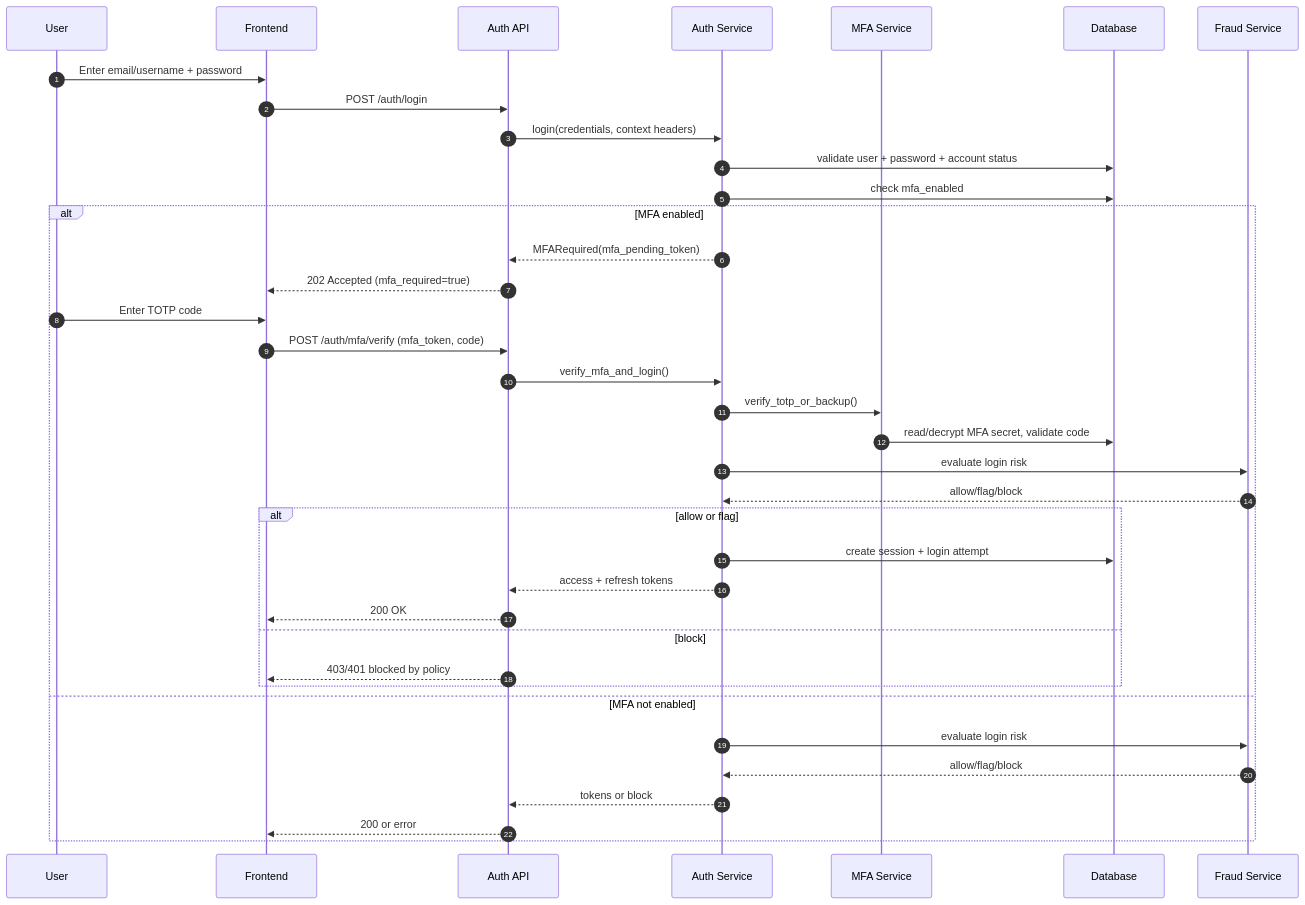
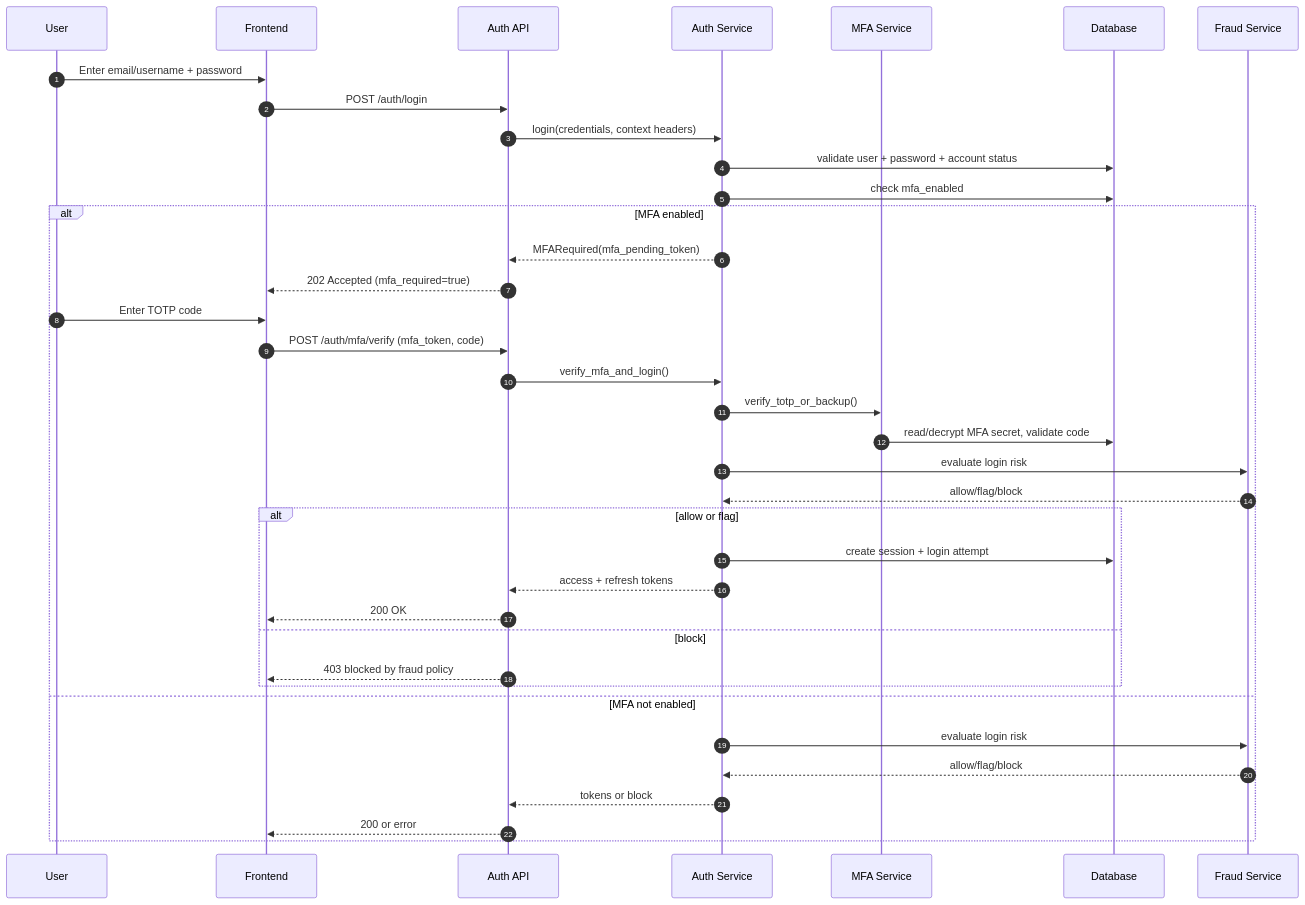
One commit to Gabbydunkk/secure-bank-app changed the second of 4 diagrams in presentation_diagram_pack.md. Above: the diagram before and after it, drawn with Mermaid. The commit also changed other lines of this file and 24 other files, not shown here.

````diff
--- a/presentation_diagram_pack.md
+++ b/presentation_diagram_pack.md
@@ -66,40 +66,40 @@
 ```mermaid
 sequenceDiagram
 autonumber
 participant U as User
 participant FE as Frontend
 participant API as Auth API
 participant AS as Auth Service
 participant MFA as MFA Service
 participant DB as Database
 participant FR as Fraud Service
 
 U->>FE: Enter email/username + password
 FE->>API: POST /auth/login
 API->>AS: login(credentials, context headers)
 AS->>DB: validate user + password + account status
 AS->>DB: check mfa_enabled
-alt MFA enabled
+  alt MFA enabled
   AS-->>API: MFARequired(mfa_pending_token)
   API-->>FE: 202 Accepted (mfa_required=true)
   U->>FE: Enter TOTP code
   FE->>API: POST /auth/mfa/verify (mfa_token, code)
   API->>AS: verify_mfa_and_login()
   AS->>MFA: verify_totp_or_backup()
   MFA->>DB: read/decrypt MFA secret, validate code
   AS->>FR: evaluate login risk
   FR-->>AS: allow/flag/block
   alt allow or flag
     AS->>DB: create session + login attempt
     AS-->>API: access + refresh tokens
     API-->>FE: 200 OK
   else block
-    API-->>FE: 403/401 blocked by policy
+    API-->>FE: 403 blocked by fraud policy
   end
 else MFA not enabled
   AS->>FR: evaluate login risk
   FR-->>AS: allow/flag/block
   AS-->>API: tokens or block
   API-->>FE: 200 or error
 end
 ```
````
